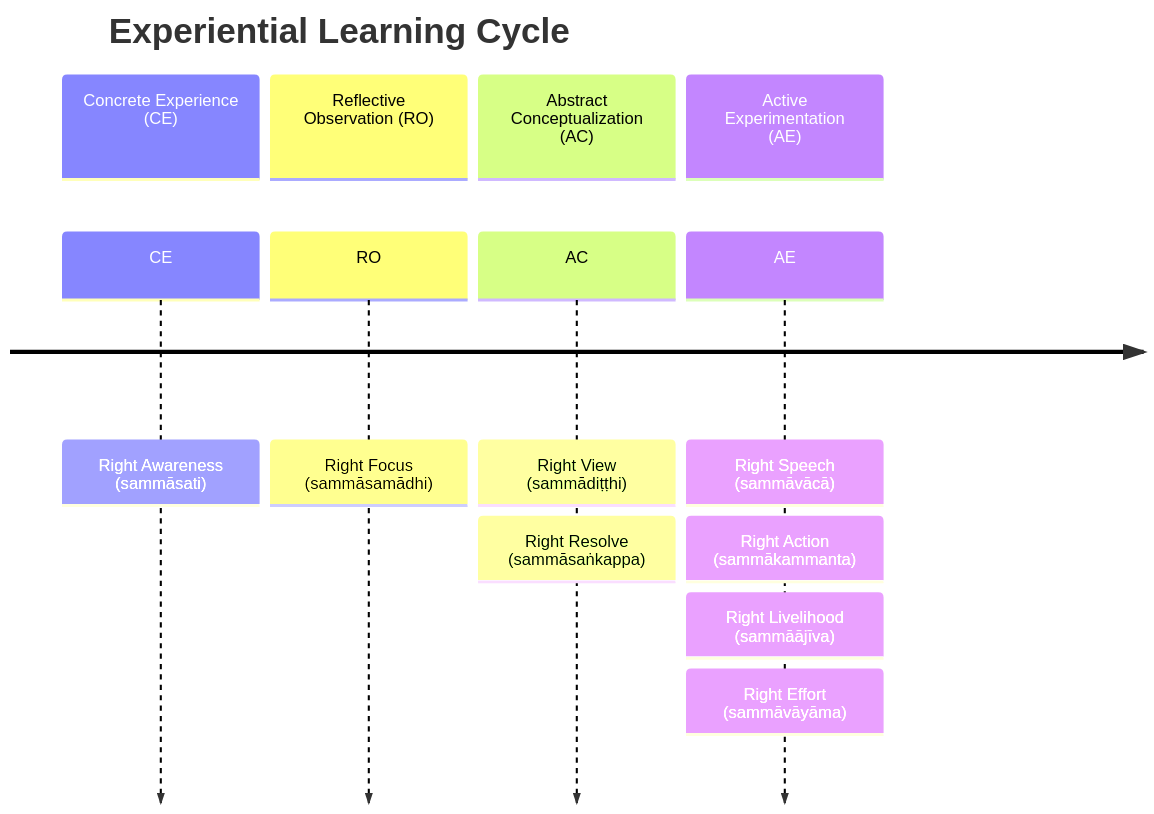
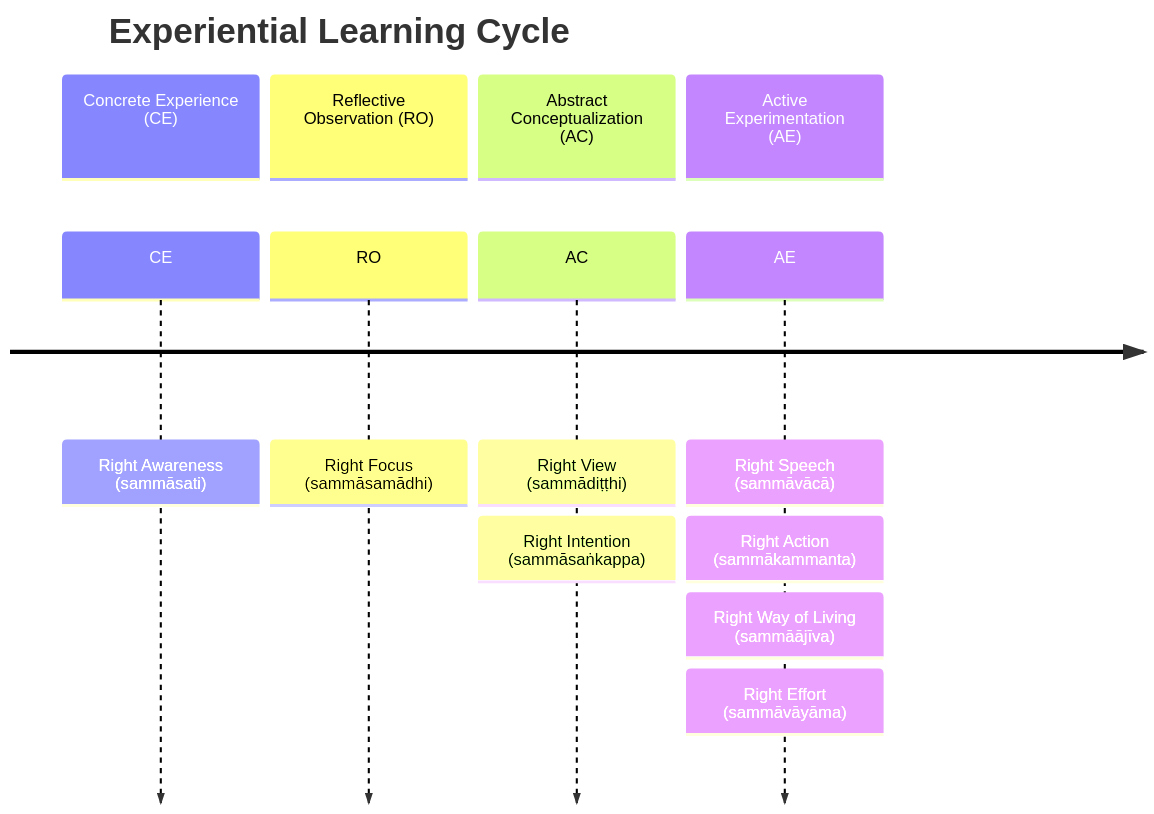
The diagram in src/content/docs/Articles/elc.md (ChristineTham/buddhavacana), drawn with Mermaid before and after one commit. The commit also changed other lines of this file and 5 other files, not shown here.

````diff
--- a/src/content/docs/Articles/elc.md
+++ b/src/content/docs/Articles/elc.md
@@ -17,16 +20,16 @@
 ```mermaid
 timeline
 title Experiential Learning Cycle
 section Concrete Experience (CE)
 CE : Right Awareness (sammāsati)
 section Reflective Observation (RO)
 RO : Right Focus (sammāsamādhi)
 section Abstract Conceptualization (AC)
 AC : Right View (sammādiṭṭhi)
-   : Right Resolve (sammāsaṅkappa)
+   : Right Intention (sammāsaṅkappa)
 section Active Experimentation (AE)
 AE : Right Speech (sammāvācā)
    : Right Action (sammākammanta)
-   : Right Livelihood (sammāājīva)
+   : Right Way of Living (sammāājīva)
    : Right Effort (sammāvāyāma)
 ```
````
